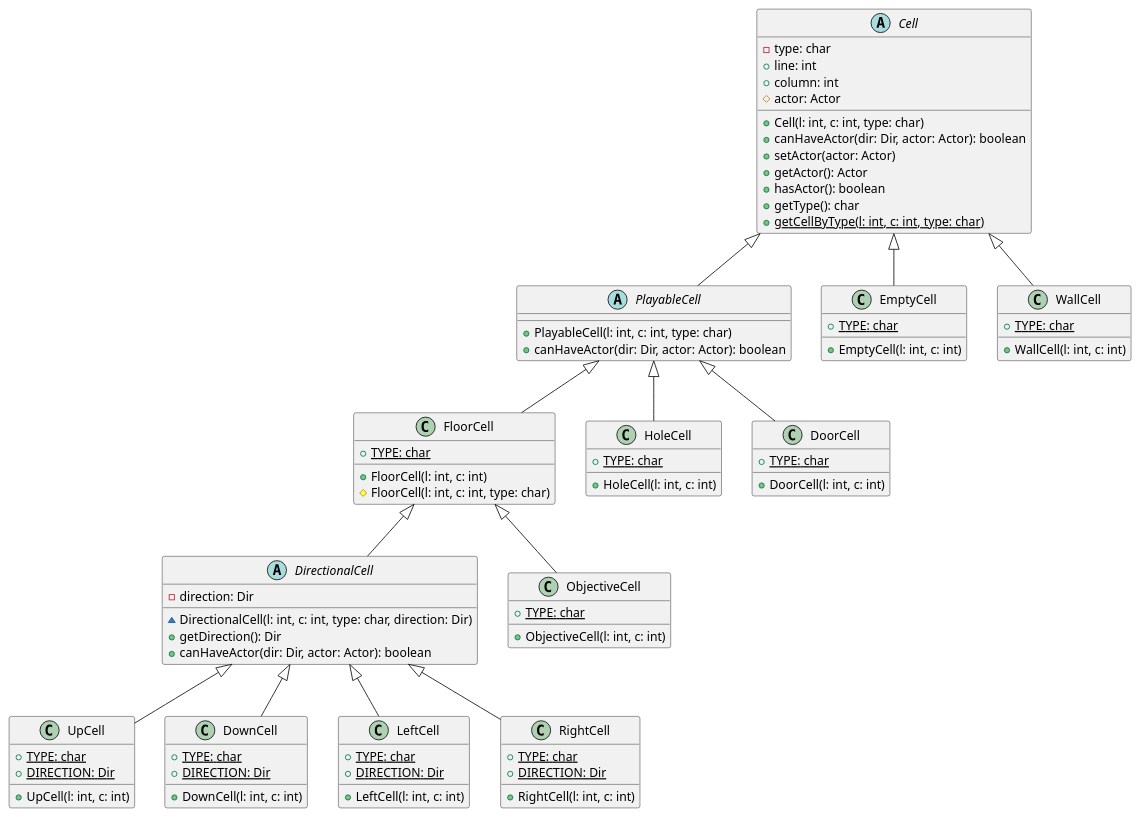
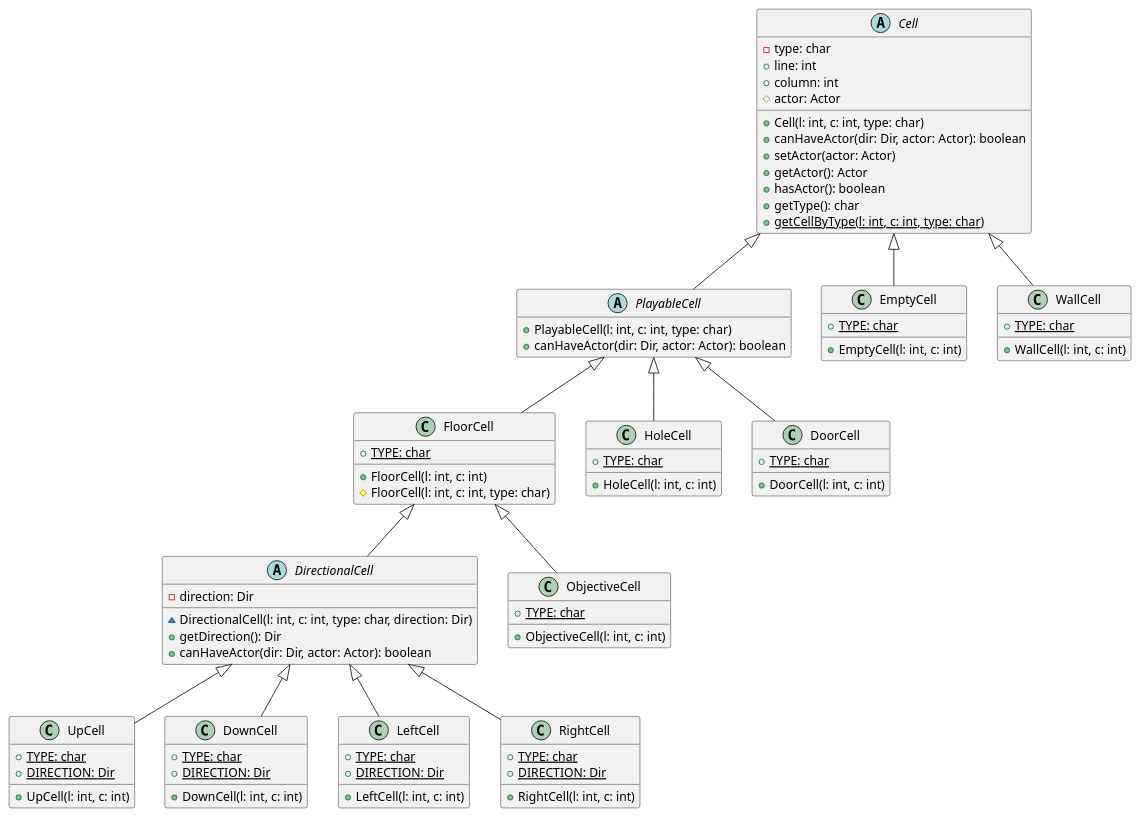
One commit to xploitedd/Sokoban changed the diagram in diagrams/Cells.puml. Above: the diagram before and after it, drawn with PlantUML. The commit also changed 5 other files, not shown here.

Commit message:
PlantUML hiding empty fields

```diff
--- a/diagrams/Cells.puml
+++ b/diagrams/Cells.puml
@@ -1,99 +1,100 @@
 @startuml
+hide empty members
 
 Cell <|-- PlayableCell
 Cell <|-- EmptyCell
 PlayableCell <|-- FloorCell
 PlayableCell <|-- HoleCell
 PlayableCell <|-- DoorCell
 Cell <|-- WallCell
 
 FloorCell <|-- DirectionalCell
 FloorCell <|-- ObjectiveCell
 DirectionalCell <|-- UpCell
 DirectionalCell <|-- DownCell
 DirectionalCell <|-- LeftCell
 DirectionalCell <|-- RightCell
 
 abstract class Cell {
     -type: char
     +line: int
     +column: int
     #actor: Actor
 
     +Cell(l: int, c: int, type: char)
     +canHaveActor(dir: Dir, actor: Actor): boolean
     +setActor(actor: Actor)
     +getActor(): Actor
     +hasActor(): boolean
     +getType(): char
     +{static} getCellByType(l: int, c: int, type: char)
 }
 
 abstract class PlayableCell {
     +PlayableCell(l: int, c: int, type: char)
     +canHaveActor(dir: Dir, actor: Actor): boolean
 }
 
 abstract class DirectionalCell {
     -direction: Dir
     ~DirectionalCell(l: int, c: int, type: char, direction: Dir)
     +getDirection(): Dir
     +canHaveActor(dir: Dir, actor: Actor): boolean
 }
 
 class FloorCell {
     +{static} TYPE: char
     +FloorCell(l: int, c: int)
     #FloorCell(l: int, c: int, type: char)
 }
 
 class UpCell {
     +{static} TYPE: char
     +{static} DIRECTION: Dir
     +UpCell(l: int, c: int)
 }
 
 class DownCell {
     +{static} TYPE: char
     +{static} DIRECTION: Dir
     +DownCell(l: int, c: int)
 }
 
 class LeftCell {
     +{static} TYPE: char
     +{static} DIRECTION: Dir
     +LeftCell(l: int, c: int)
 }
 
 class RightCell {
     +{static} TYPE: char
     +{static} DIRECTION: Dir
     +RightCell(l: int, c: int)
 }
 
 class EmptyCell {
     +{static} TYPE: char
     +EmptyCell(l: int, c: int)
 }
 
 class WallCell {
     +{static} TYPE: char
     +WallCell(l: int, c: int)
 }
 
 class HoleCell {
     +{static} TYPE: char
     +HoleCell(l: int, c: int)
 }
 
 class DoorCell {
     +{static} TYPE: char
     +DoorCell(l: int, c: int)
 }
 
 class ObjectiveCell {
     +{static} TYPE: char
     +ObjectiveCell(l: int, c: int)
 }
 
 @enduml
```
